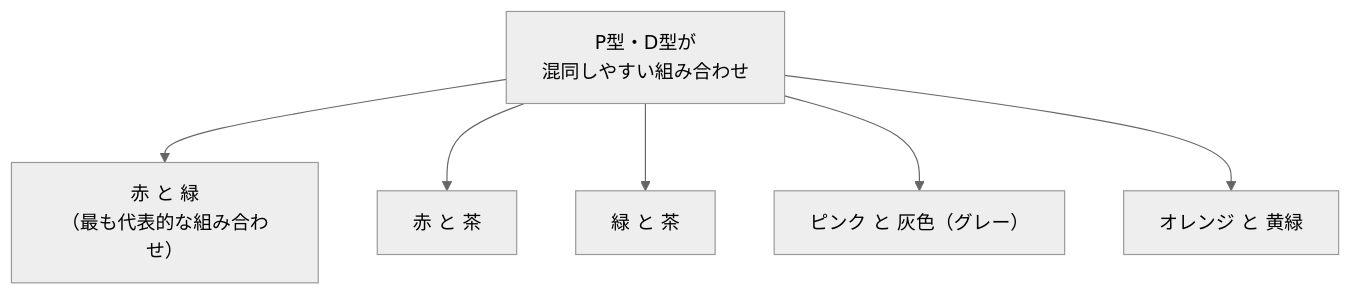
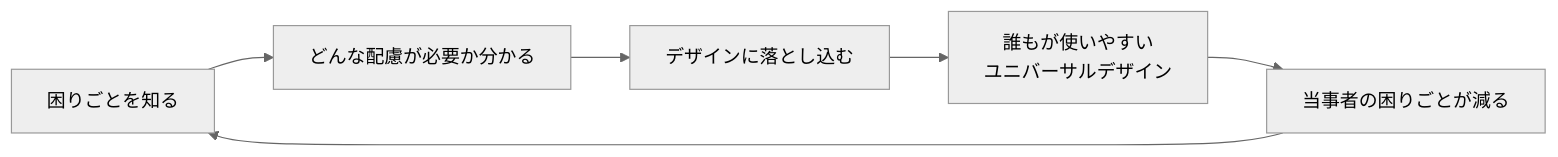
One commit to ozaki25/color-coordination-training-ozaki25 changed the second of 2 diagrams in docs/lessons/lesson20/index.md. Above: the diagram before and after it, drawn with Mermaid (neutral theme). The commit also changed other lines of this file and 39 other files, not shown here.

````diff
--- a/docs/lessons/lesson20/index.md
+++ b/docs/lessons/lesson20/index.md
@@ -80,9 +120,8 @@
 ```mermaid
-graph TD
-    A["P型・D型が\n混同しやすい組み合わせ"]
-    A --> B["赤 と 緑\n（最も代表的な組み合わせ）"]
-    A --> C["赤 と 茶"]
-    A --> D["緑 と 茶"]
-    A --> E["ピンク と 灰色（グレー）"]
-    A --> F["オレンジ と 黄緑"]
+graph LR
+    A["困りごとを知る"] --> B["どんな配慮が必要か分かる"]
+    B --> C["デザインに落とし込む"]
+    C --> D["誰もが使いやすい\nユニバーサルデザイン"]
+    D --> E["当事者の困りごとが減る"]
+    E --> A
 ```
````
